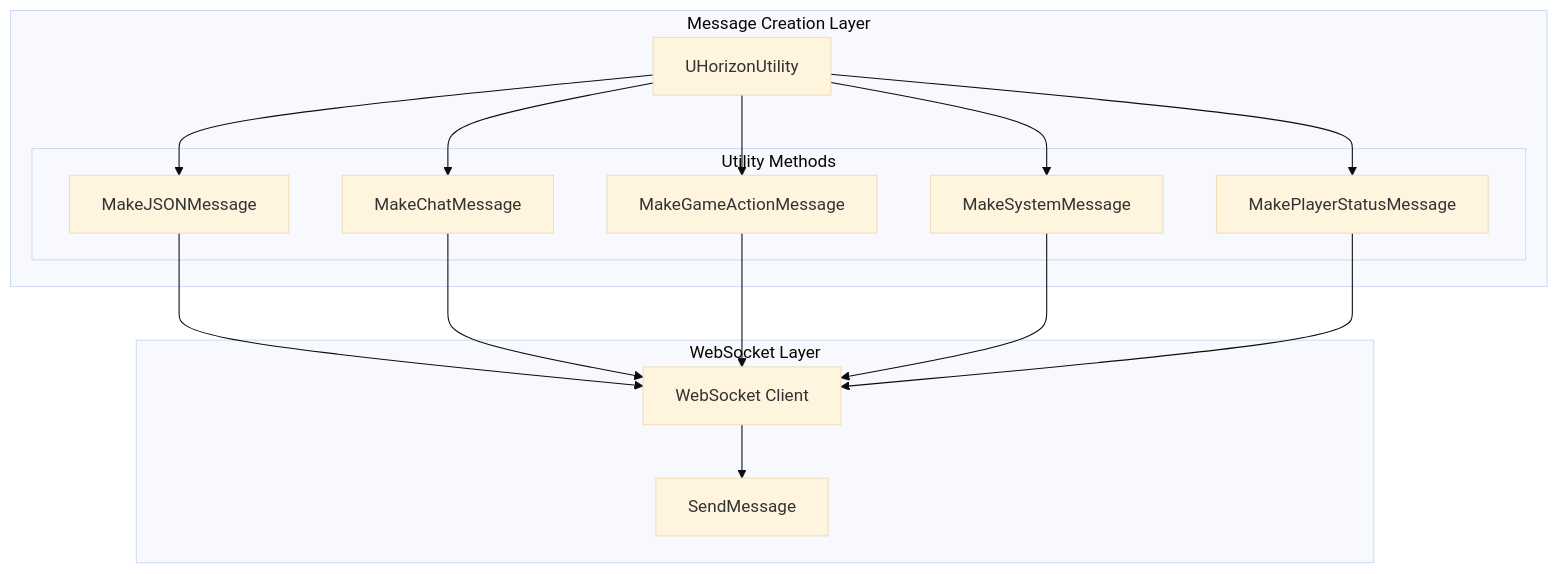
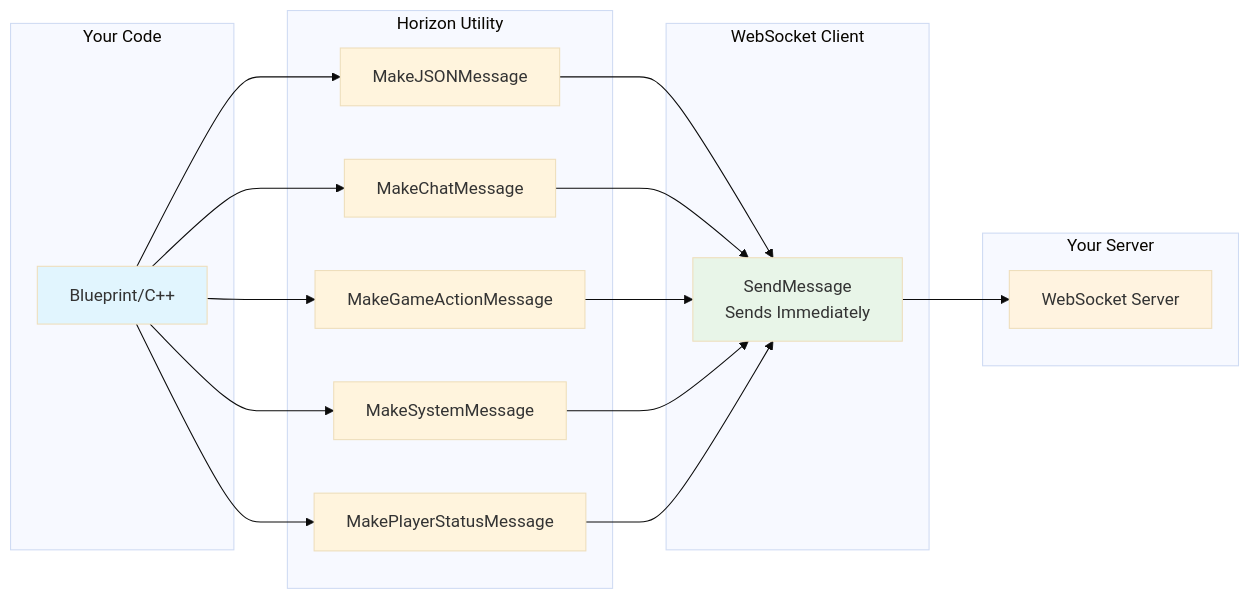
Before and after one commit to Tuafo/Horizon-Plugin-UE5-test: the third of 5 diagrams in README.md, drawn with Mermaid (base theme). The commit also changed other lines of this file, not shown here.

Commit message:
Update README graphs and examples to reflect simplified SocketIOClient-style architecture

````diff
--- a/README.md
+++ b/README.md
@@ -86,32 +89,40 @@
 ```mermaid
-graph TD
-    subgraph "Message Creation Layer"
-        UH[UHorizonUtility]
-        subgraph "Utility Methods"
-            JSON[MakeJSONMessage]
-            CHAT[MakeChatMessage]
-            GAME[MakeGameActionMessage]
-            SYS[MakeSystemMessage]
-            STATUS[MakePlayerStatusMessage]
-        end
-        
-        UH --> JSON
-        UH --> CHAT
-        UH --> GAME
-        UH --> SYS
-        UH --> STATUS
+graph LR
+    subgraph "Your Code"
+        BP[Blueprint/C++]
     end
     
-    subgraph "WebSocket Layer"
-        WC[WebSocket Client]
-        SEND[SendMessage]
-        
-        WC --> SEND
+    subgraph "Horizon Utility"
+        JSON[MakeJSONMessage]
+        CHAT[MakeChatMessage]
+        GAME[MakeGameActionMessage]
+        SYS[MakeSystemMessage]
+        STATUS[MakePlayerStatusMessage]
     end
     
-    JSON --> WC
-    CHAT --> WC
-    GAME --> WC
-    SYS --> WC
-    STATUS --> WC
+    subgraph "WebSocket Client"
+        SEND[SendMessage<br/>Sends Immediately]
+    end
+    
+    subgraph "Your Server"
+        SERVER[WebSocket Server]
+    end
+    
+    BP --> JSON
+    BP --> CHAT
+    BP --> GAME
+    BP --> SYS
+    BP --> STATUS
+    
+    JSON --> SEND
+    CHAT --> SEND
+    GAME --> SEND
+    SYS --> SEND
+    STATUS --> SEND
+    
+    SEND --> SERVER
+    
+    style BP fill:#e1f5fe
+    style SEND fill:#e8f5e8
+    style SERVER fill:#fff3e0
 ```
````
